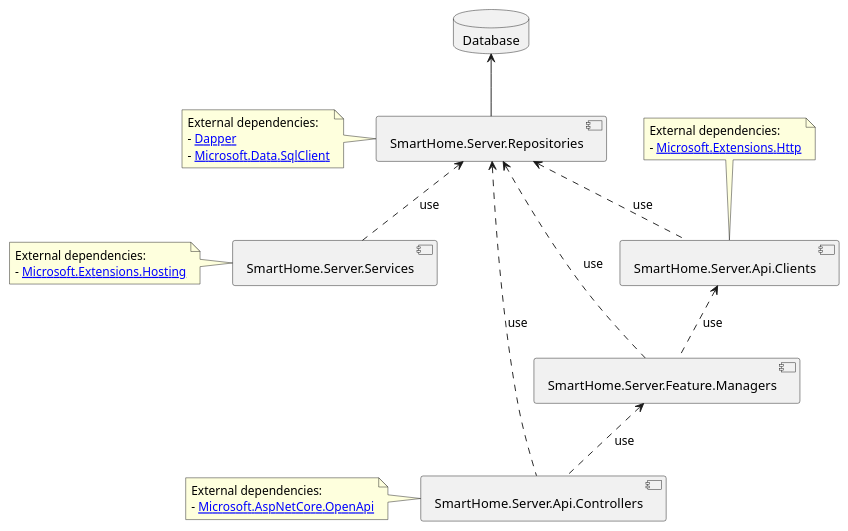
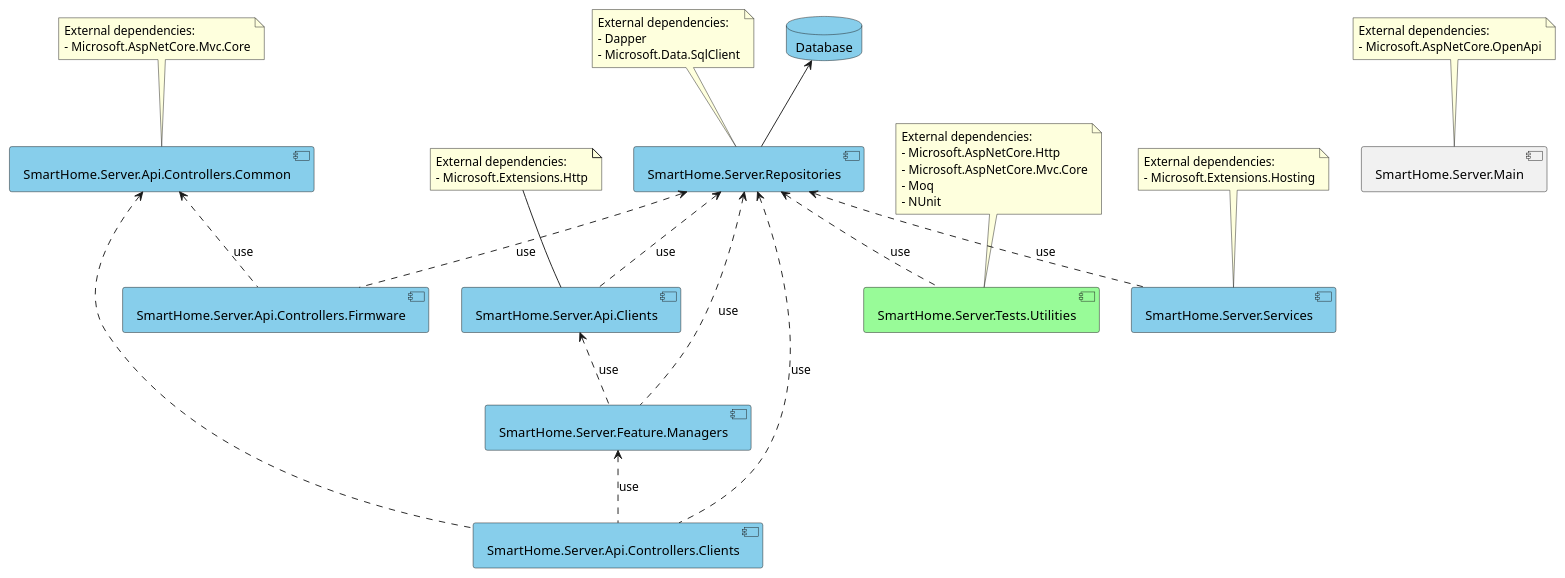
The diagram in doc/Server/uml/components.pu (JakubMiodunka/smart-home), drawn with PlantUML before and after one commit. The commit also changed 38 other files, not shown here.

Commit message:
[#40] Dividing Controllers module into two sepparate modules dedicated to sepparate parts of API (Firmware and Client).

```diff
--- a/doc/Server/uml/components.pu
+++ b/doc/Server/uml/components.pu
@@ -1,43 +1,73 @@
 @startuml
 
-database Database
-component "SmartHome.Server.Repositories" as Repositories
-component "SmartHome.Server.Api.Clients" as ApiClients
-component "SmartHome.Server.Feature.Managers" as FeatureManagers
-component "SmartHome.Server.Services" as Services
-component "SmartHome.Server.Api.Controllers" as ApiControllers
+database Database #SkyBlue
 
+component "SmartHome.Server.Repositories" as Repositories #SkyBlue
+note as RepositoriesDependencies
+    External dependencies:
+    - Dapper
+    - Microsoft.Data.SqlClient
+end note
+RepositoriesDependencies -- Repositories
+
+component "SmartHome.Server.Api.Clients" as ApiClients #SkyBlue
+note as ApiClientsDependencies
+    External dependencies:
+    - Microsoft.Extensions.Http
+end note
+ApiClientsDependencies -- ApiClients
+
+component "SmartHome.Server.Feature.Managers" as FeatureManagers #SkyBlue
+
+component "SmartHome.Server.Services" as Services #SkyBlue
+note as ServicesDependencies
+    External dependencies:
+    - Microsoft.Extensions.Hosting
+end note
+ServicesDependencies -- Services
+
+component "SmartHome.Server.Api.Controllers.Common" as CommonApiControllers #SkyBlue
+note as CommonApiControllersDependencies
+    External dependencies:
+    - Microsoft.AspNetCore.Mvc.Core
+end note
+CommonApiControllersDependencies -- CommonApiControllers
+
+component "SmartHome.Server.Api.Controllers.Firmware" as FirmwareApiControllers #SkyBlue
+
+component "SmartHome.Server.Api.Controllers.Clients" as ClientsApiControllers #SkyBlue
+
+component "SmartHome.Server.Tests.Utilities" as TestUtilities #PaleGreen
+note as TestUtilitiesDependencies
+    External dependencies:
+    - Microsoft.AspNetCore.Http
+    - Microsoft.AspNetCore.Mvc.Core
+    - Moq
+    - NUnit
+end note
+TestUtilitiesDependencies -- TestUtilities
+
+component "SmartHome.Server.Main" as Main
+note as MainDependencies
+    External dependencies:
+    - Microsoft.AspNetCore.OpenApi
+end note
+MainDependencies -- Main
 
 Database <-- Repositories
 
-Repositories <.. ApiControllers : use
 Repositories <.. ApiClients : use
 Repositories <.. FeatureManagers : use
 Repositories <.. Services : use
+Repositories <.. TestUtilities : use
+Repositories <.. FirmwareApiControllers : use
+Repositories <.. ClientsApiControllers : use
 
-FeatureManagers <.. ApiControllers : use
+CommonApiControllers <.. FirmwareApiControllers : use
+CommonApiControllers <.. ClientsApiControllers
+
+FeatureManagers <.. ClientsApiControllers : use
 
 ApiClients <.. FeatureManagers : use
 
-note left of Repositories
-    External dependencies:
-    - [[https://www.nuget.org/packages/Dapper{NuGet Page} Dapper]]
-    - [[https://www.nuget.org/packages/Microsoft.Data.SqlClient{NuGet Page} Microsoft.Data.SqlClient]]
-end note
-
-note top of ApiClients
-    External dependencies:
-    - [[https://www.nuget.org/packages/Microsoft.Extensions.Http{NuGet Page} Microsoft.Extensions.Http]]
-end note
-
-note left of Services
-    External dependencies:
-    - [[https://www.nuget.org/packages/Microsoft.Extensions.Hosting{NuGet Page} Microsoft.Extensions.Hosting]]
-end note
-
-note left of ApiControllers
-    External dependencies:
-    - [[https://www.nuget.org/packages/Microsoft.AspNetCore.OpenApi{NuGet Page} Microsoft.AspNetCore.OpenApi]]
-end note
-
 @enduml
```
